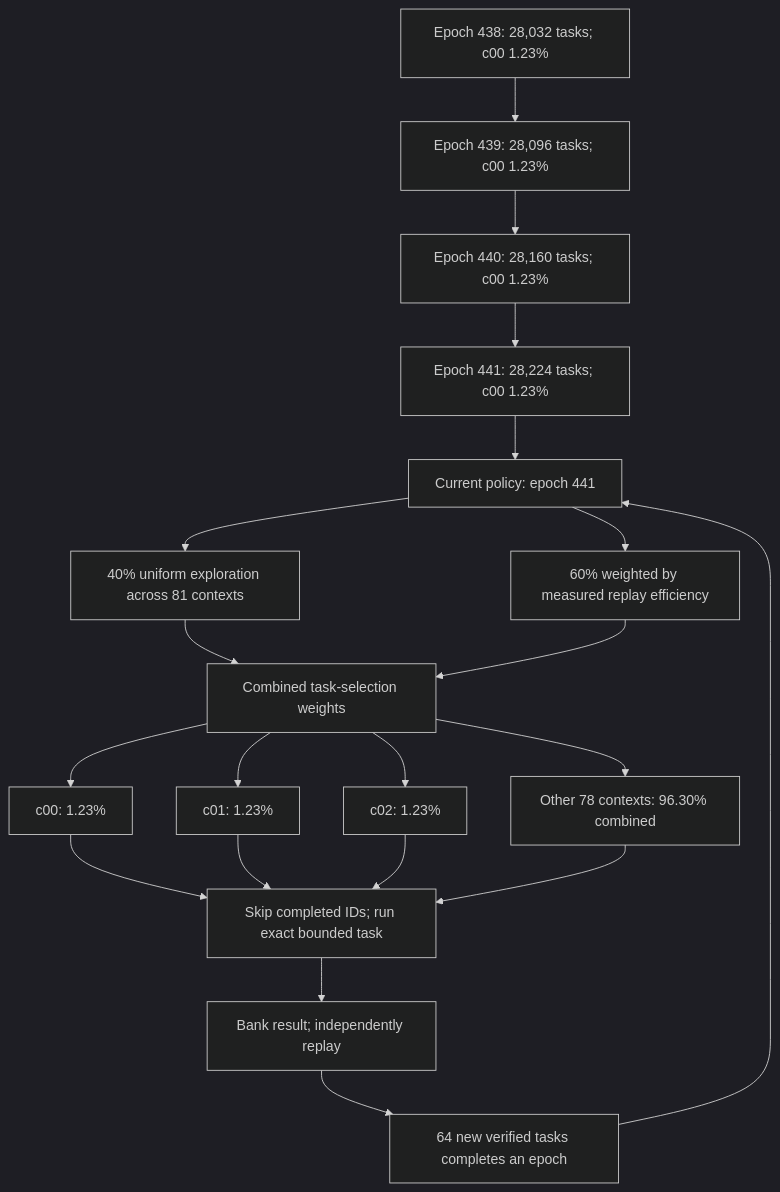
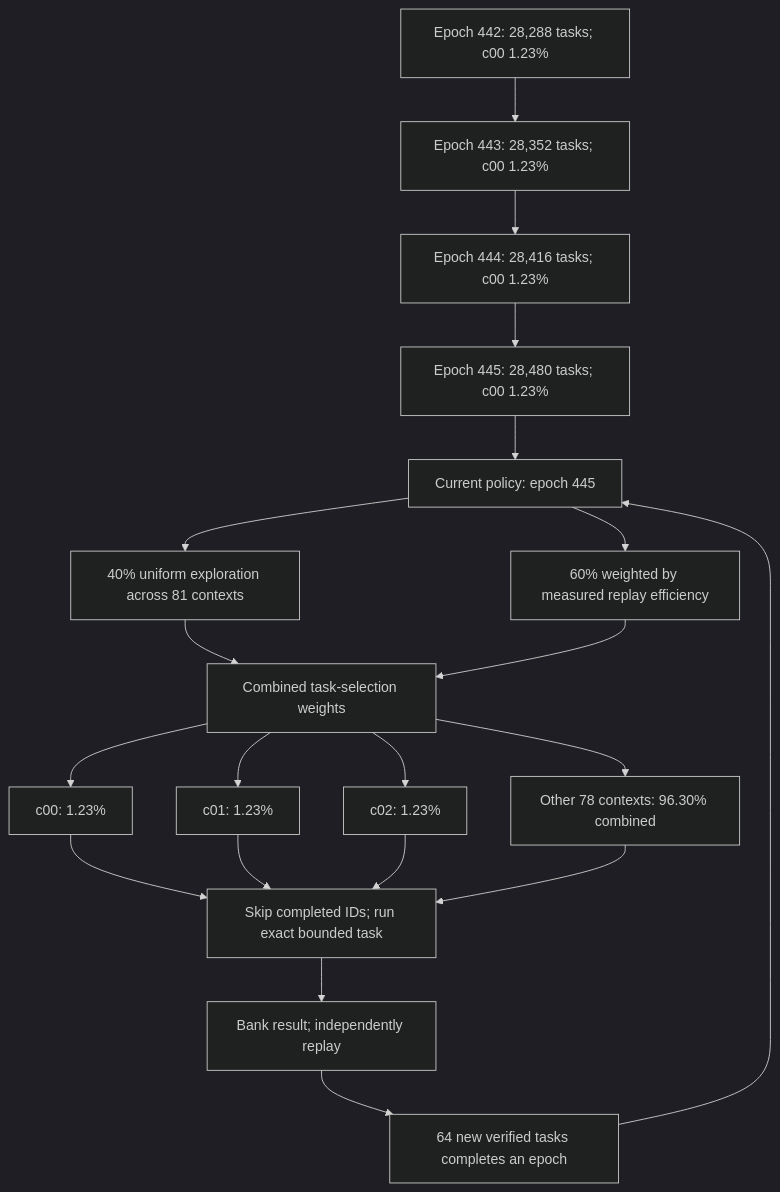
One commit to Kuberwastaken/math-gambling changed the first of 2 diagrams in README.md. Above: the diagram before and after it, drawn with Mermaid (dark theme). The commit also changed other lines of this file and 598 other files, not shown here.

````diff
--- a/README.md
+++ b/README.md
@@ -50,27 +50,27 @@
 ```mermaid
 flowchart TD
-    H0["Epoch 438: 28,032 tasks; c00 1.23%"]
-    H1["Epoch 439: 28,096 tasks; c00 1.23%"]
+    H0["Epoch 442: 28,288 tasks; c00 1.23%"]
+    H1["Epoch 443: 28,352 tasks; c00 1.23%"]
     H0 --> H1
-    H2["Epoch 440: 28,160 tasks; c00 1.23%"]
+    H2["Epoch 444: 28,416 tasks; c00 1.23%"]
     H1 --> H2
-    H3["Epoch 441: 28,224 tasks; c00 1.23%"]
+    H3["Epoch 445: 28,480 tasks; c00 1.23%"]
     H2 --> H3
-    Policy["Current policy: epoch 441"]
+    Policy["Current policy: epoch 445"]
     H3 --> Policy
     Policy --> Explore["40% uniform exploration across 81 contexts"]
     Policy --> Cost["60% weighted by measured replay efficiency"]
     Explore --> Mix["Combined task-selection weights"]
     Cost --> Mix
     Mix --> C0["c00: 1.23%"]
     Mix --> C1["c01: 1.23%"]
     Mix --> C2["c02: 1.23%"]
     Mix --> Rest["Other 78 contexts: 96.30% combined"]
     C0 --> Check["Skip completed IDs; run exact bounded task"]
     C1 --> Check
     C2 --> Check
     Rest --> Check
     Check --> Replay["Bank result; independently replay"]
     Replay --> Gate["64 new verified tasks completes an epoch"]
     Gate --> Policy
 ```
````
